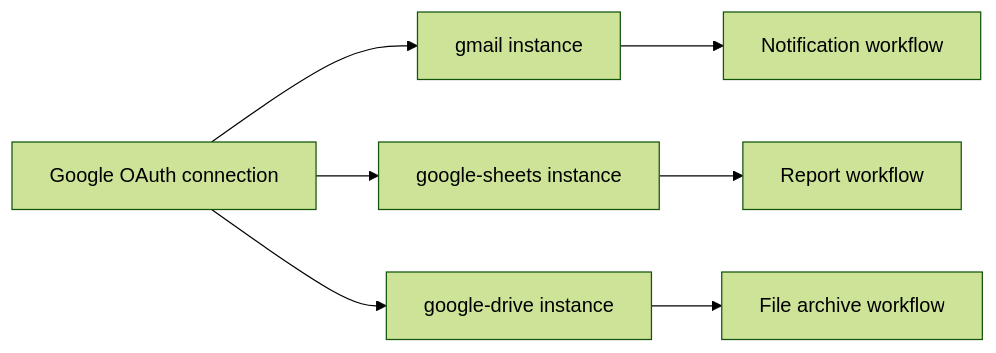
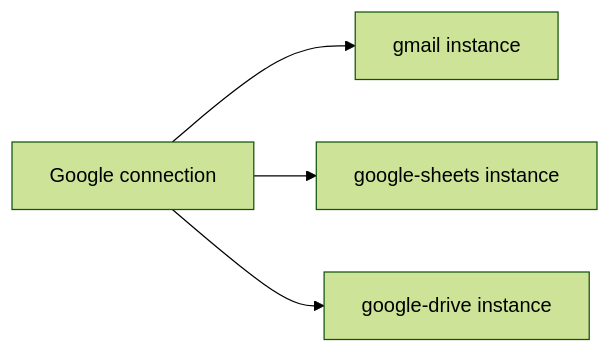
The diagram in integrations/google-workspace.mdx (agentruntime-io/agentruntime-docs), drawn with Mermaid (forest theme) before and after one commit. The commit also changed other lines of this file and 180 other files, not shown here.

````diff
--- a/integrations/google-workspace.mdx
+++ b/integrations/google-workspace.mdx
@@ -50,9 +12,6 @@
 ```mermaid
 flowchart LR
-  Google[Google OAuth connection] --> Gmail[gmail instance]
+  Google[Google connection] --> Gmail[gmail instance]
   Google --> Sheets[google-sheets instance]
   Google --> Drive[google-drive instance]
-  Gmail --> WF1[Notification workflow]
-  Sheets --> WF2[Report workflow]
-  Drive --> WF3[File archive workflow]
 ```
````
